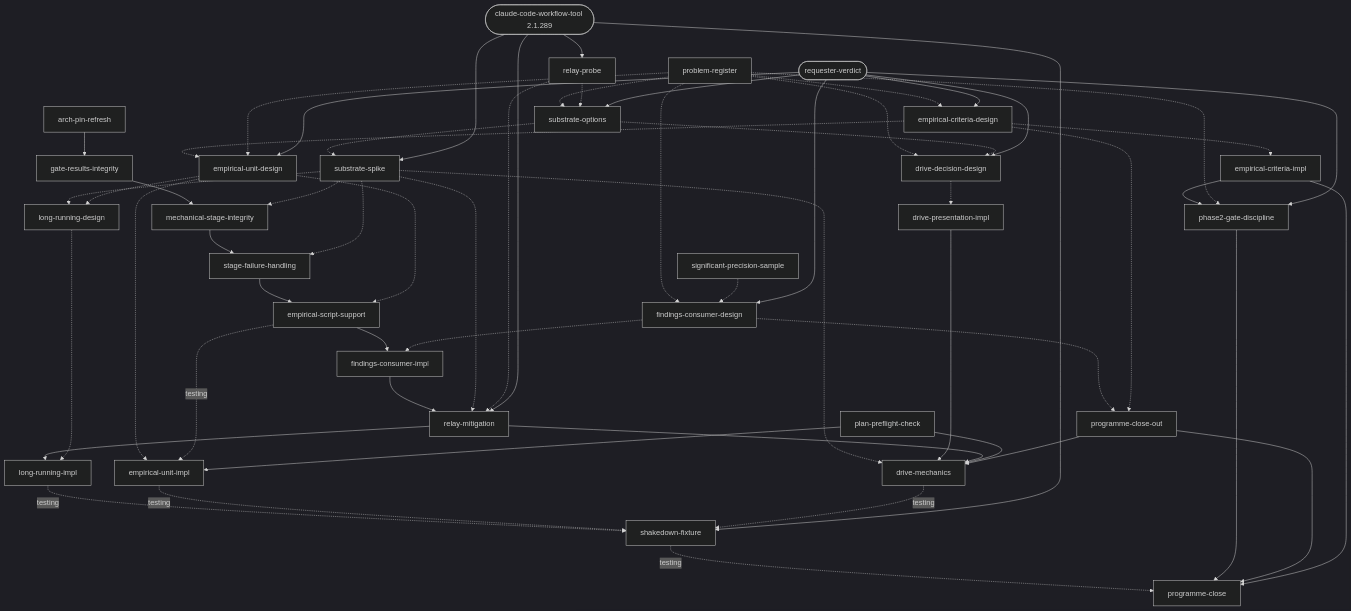
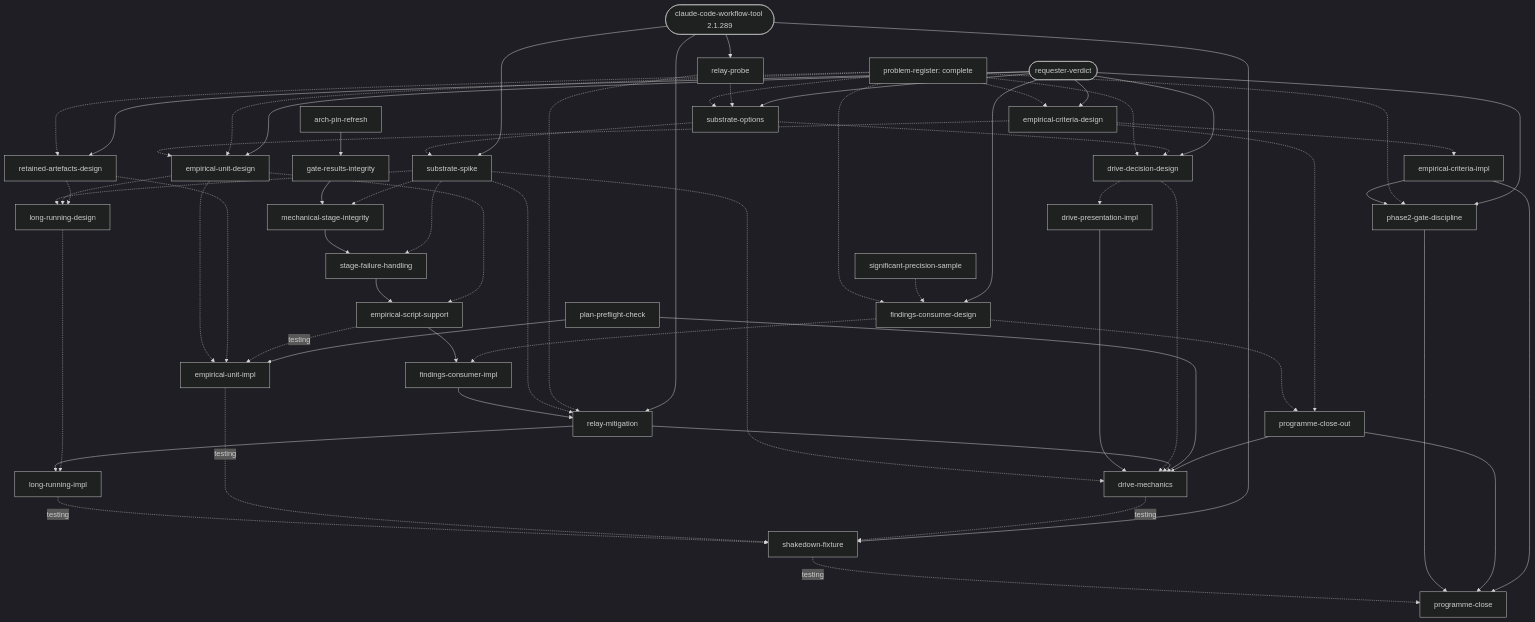
One commit to duaneg/phronithm changed the diagram in docs/plans/lsf-improvements-breakdown.md. Above: the diagram before and after it, drawn with Mermaid (dark theme). The commit also changed other lines of this file, not shown here.

First line of the commit message:
LSF improvements: re-plan after problem-register completed

```diff
--- a/docs/plans/lsf-improvements-breakdown.md
+++ b/docs/plans/lsf-improvements-breakdown.md
@@ -636,7 +665,7 @@
   RV([requester-verdict])
   CC([claude-code-workflow-tool 2.1.289])
 
-  PR[problem-register]
+  PR[problem-register: complete]
   RP[relay-probe]
   SO[substrate-options]
   SS[substrate-spike]
@@ -646,6 +675,7 @@
   SPS[significant-precision-sample]
   ECD[empirical-criteria-design]
   EUD[empirical-unit-design]
+  RAD[retained-artefacts-design]
   FCD[findings-consumer-design]
   DDD[drive-decision-design]
   MSI[mechanical-stage-integrity]
@@ -683,6 +713,9 @@
   EUD -.-> ESS
   EUD -.-> LRD
   EUD -.-> EUI
+  PR -.-> RAD
+  RAD -.-> LRD
+  RAD -.-> EUI
   FCD -.-> FCI
   LRD -.-> LRI
   ECD -.-> ECI --> P2G
@@ -692,6 +725,7 @@
   FCD -.-> PCO
   ECD -.-> PCO
   DDD -.-> DPI --> DM
+  DDD -.-> DM
   RM --> DM
   PPC --> DM
   PCO --> DM
@@ -706,6 +740,7 @@
   RV --> SO
   RV --> ECD
   RV --> EUD
+  RV --> RAD
   RV --> FCD
   RV --> DDD
   RV --> P2G
```
